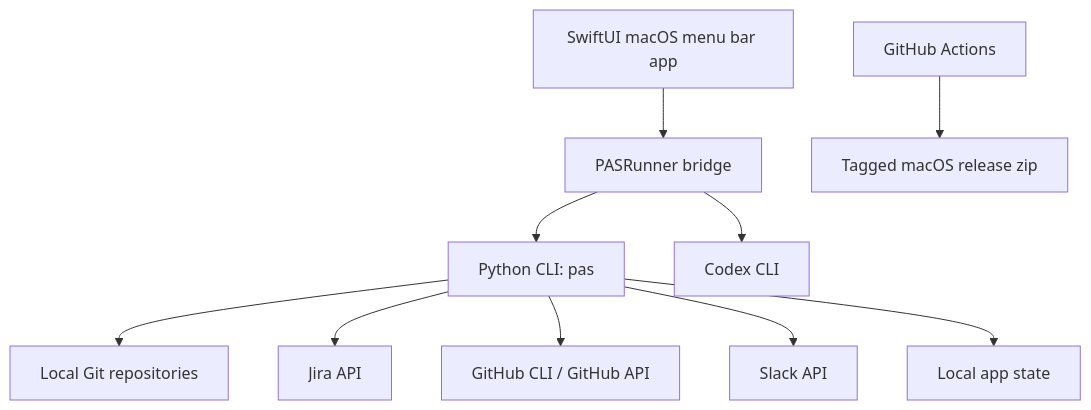
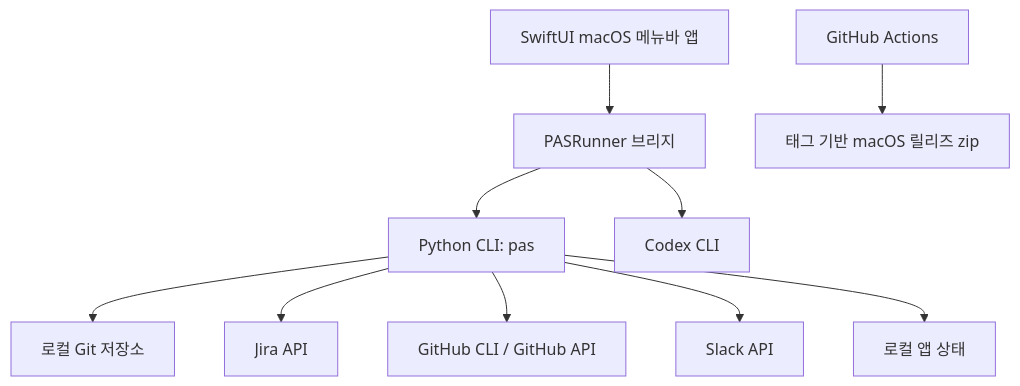
Before and after one commit to MIMminE/devpilot: the second of 2 diagrams in README.md, drawn with Mermaid. The commit also changed other lines of this file, not shown here.

````diff
--- a/README.md
+++ b/README.md
@@ -147,12 +147,12 @@
 ```mermaid
 flowchart TB
-    UI["SwiftUI macOS menu bar app"] --> Runner["PASRunner bridge"]
+    UI["SwiftUI macOS 메뉴바 앱"] --> Runner["PASRunner 브리지"]
     Runner --> CLI["Python CLI: pas"]
-    CLI --> Git["Local Git repositories"]
+    CLI --> Git["로컬 Git 저장소"]
     CLI --> Jira["Jira API"]
     CLI --> GitHub["GitHub CLI / GitHub API"]
     CLI --> Slack["Slack API"]
-    CLI --> State["Local app state"]
+    CLI --> State["로컬 앱 상태"]
     Runner --> Codex["Codex CLI"]
-    Actions["GitHub Actions"] --> Release["Tagged macOS release zip"]
+    Actions["GitHub Actions"] --> Release["태그 기반 macOS 릴리즈 zip"]
 ```
````
